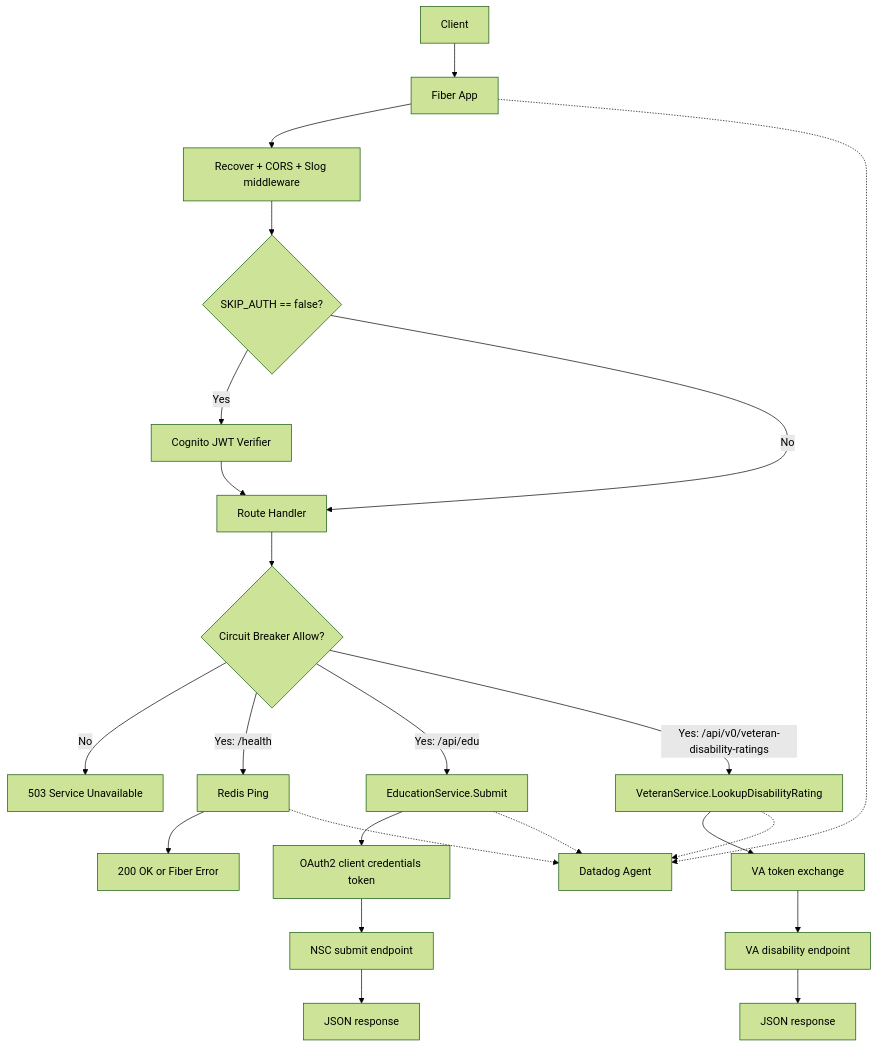
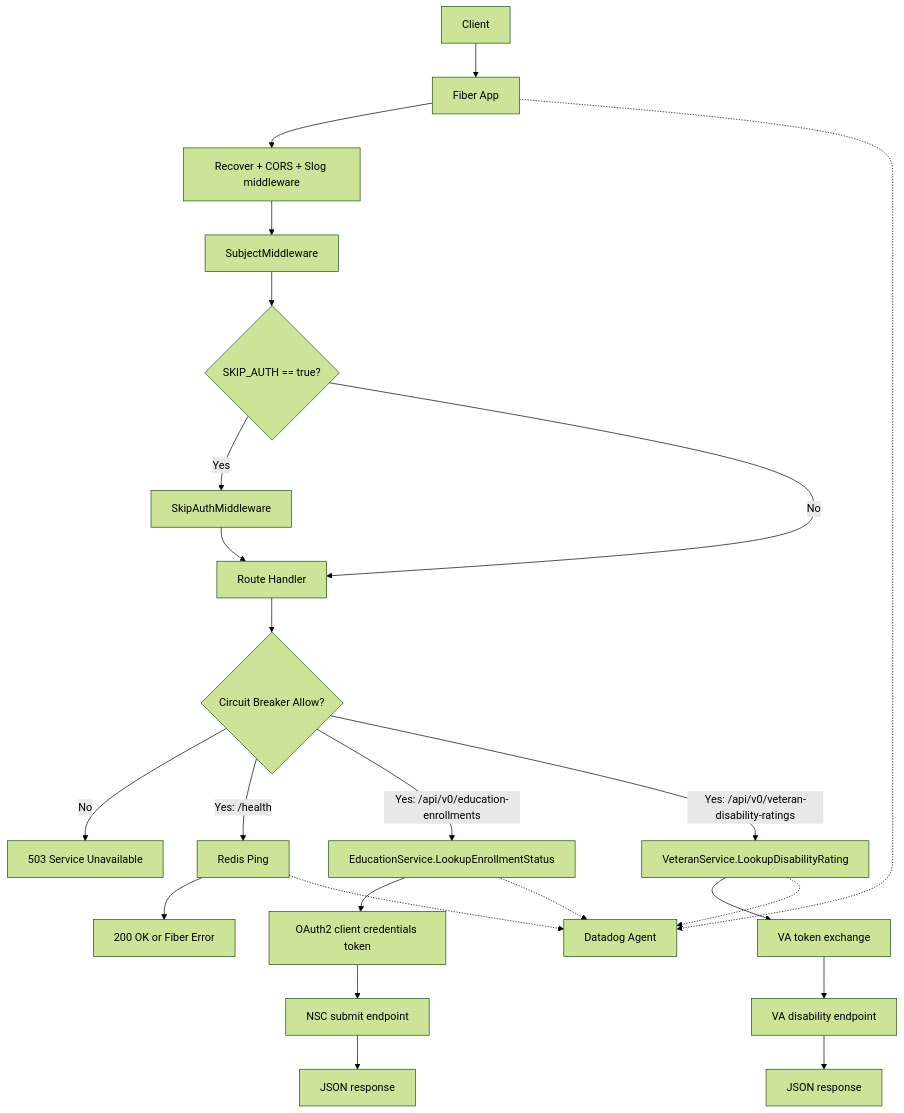
The diagram in docs/overview.md (CMSgov/emmy-api), drawn with Mermaid (forest theme) before and after one commit. The commit also changed other lines of this file and 14 other files, not shown here.

````diff
--- a/docs/overview.md
+++ b/docs/overview.md
@@ -49,30 +52,31 @@
 ```mermaid
 flowchart TD
     A[Client] --> B[Fiber App]
     B --> C[Recover + CORS + Slog middleware]
-    C --> D{SKIP_AUTH == false?}
-    D -->|Yes| E[Cognito JWT Verifier]
-    D -->|No| F[Route Handler]
-    E --> F
+    C --> D[SubjectMiddleware]
+    D --> E{SKIP_AUTH == true?}
+    E -->|Yes| F[SkipAuthMiddleware]
+    E -->|No| G[Route Handler]
+    F --> G
 
-    F --> G{Circuit Breaker Allow?}
-    G -->|No| H[503 Service Unavailable]
+    G --> H{Circuit Breaker Allow?}
+    H -->|No| I[503 Service Unavailable]
 
-    G -->|Yes: /health| I[Redis Ping]
-    I --> J[200 OK or Fiber Error]
+    H -->|Yes: /health| J[Redis Ping]
+    J --> K[200 OK or Fiber Error]
 
-    G -->|Yes: /api/edu| K[EducationService.Submit]
-    K --> L[OAuth2 client credentials token]
-    L --> M[NSC submit endpoint]
-    M --> N[JSON response]
+    H -->|Yes: /api/v0/education-enrollments| L[EducationService.LookupEnrollmentStatus]
+    L --> M[OAuth2 client credentials token]
+    M --> N[NSC submit endpoint]
+    N --> O[JSON response]
 
-    G -->|Yes: /api/v0/veteran-disability-ratings| V[VeteranService.LookupDisabilityRating]
-    V --> W[VA token exchange]
-    W --> X[VA disability endpoint]
-    X --> Y[JSON response]
+    H -->|Yes: /api/v0/veteran-disability-ratings| P[VeteranService.LookupDisabilityRating]
+    P --> Q[VA token exchange]
+    Q --> R[VA disability endpoint]
+    R --> S[JSON response]
 
-    B -.-> O[Datadog Agent]
-    I -.-> O
-    K -.-> O
-    V -.-> O
+    B -.-> T[Datadog Agent]
+    J -.-> T
+    L -.-> T
+    P -.-> T
 ```
````
